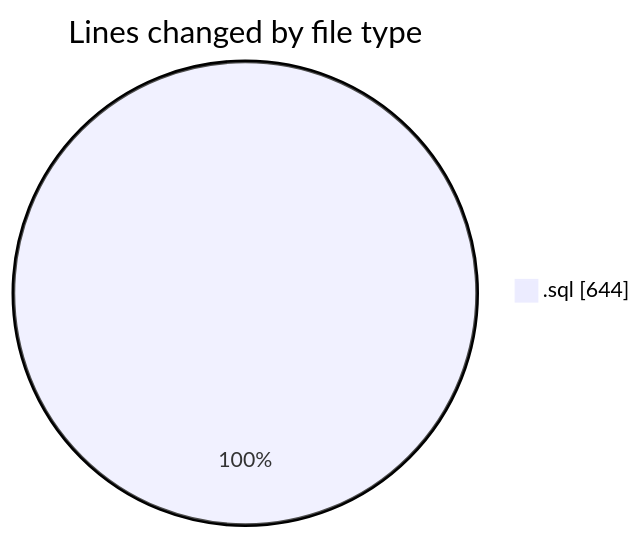
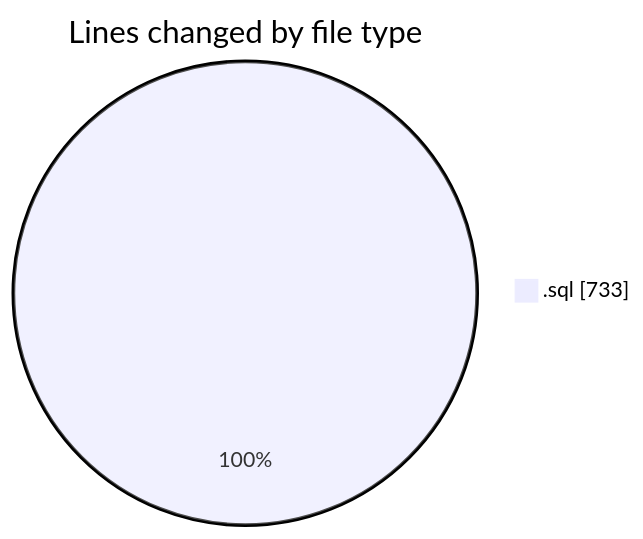
One commit to lephambinh05/code-tracking changed the first of 2 diagrams in 2025-09-17/leeapp/README.md. Above: the diagram before and after it, drawn with Mermaid. The commit also changed other lines of this file and 1 other file, not shown here.

````diff
--- a/2025-09-17/leeapp/README.md
+++ b/2025-09-17/leeapp/README.md
@@ -21,5 +22,5 @@
 ```mermaid
 pie showData
 title Lines changed by file type
-".sql" : 644
+".sql" : 733
 ```
````
